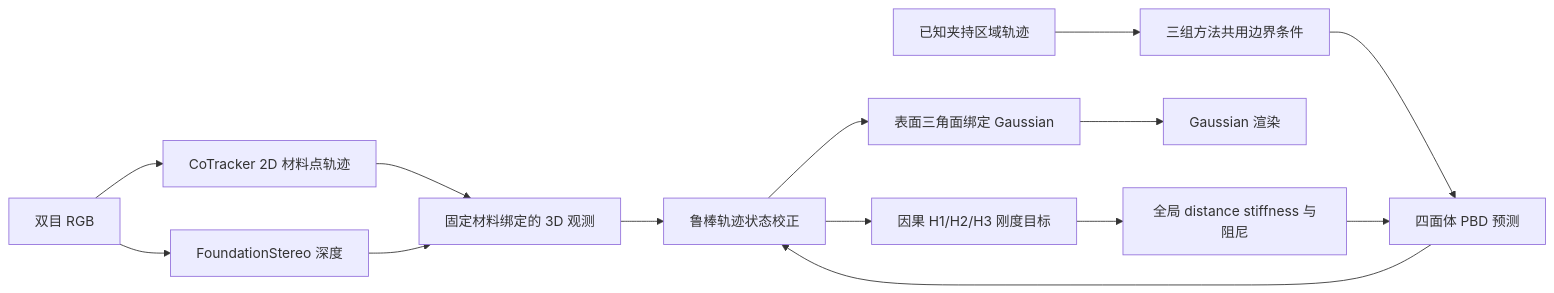
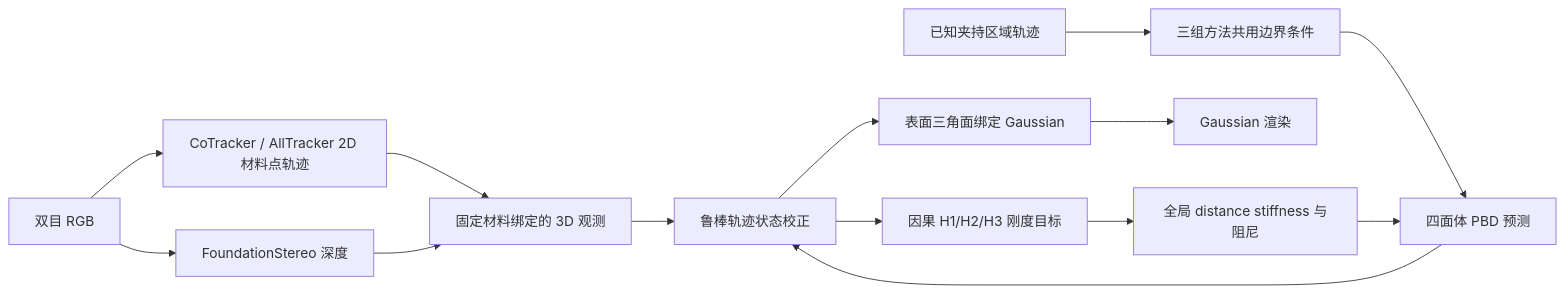
The diagram in README.md (wad157/Embodied_gaussians_fixed_super_best_sim), drawn with Mermaid before and after one commit. The commit also changed other lines of this file and 6 other files, not shown here.

Commit message:
记录 AllTracker 三次复测结果

````diff
--- a/README.md
+++ b/README.md
@@ -22,16 +22,16 @@
 ```mermaid
 flowchart LR
-    RGB[双目 RGB] --> TRACK[CoTracker 2D 材料点轨迹]
+    RGB[双目 RGB] --> TRACK[CoTracker / AllTracker 2D 材料点轨迹]
     RGB --> DEPTH[FoundationStereo 深度]
     TRACK --> OBS[固定材料绑定的 3D 观测]
     DEPTH --> OBS
     GRIP[已知夹持区域轨迹] --> BC[三组方法共用边界条件]
     BC --> PBD[四面体 PBD 预测]
     PBD --> CORR[鲁棒轨迹状态校正]
     OBS --> CORR
     CORR --> GS[表面三角面绑定 Gaussian]
     GS --> RENDER[Gaussian 渲染]
     CORR --> MHE[因果 H1/H2/H3 刚度目标]
     MHE --> PARAM[全局 distance stiffness 与阻尼]
     PARAM --> PBD
 ```
````
